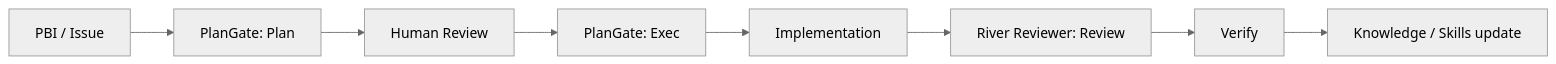
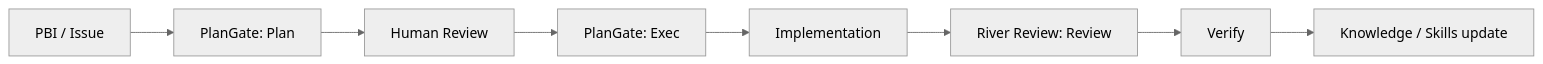
One commit to s977043/my-blog changed the diagram in articles/ai-dev-guardrail-plangate-river-reviewer.md. Above: the diagram before and after it, drawn with Mermaid (neutral theme). The commit also changed other lines of this file and 27 other files, not shown here.

First line of the commit message:
chore(rename): River Reviewer → River Review across articles/docs

````diff
--- a/articles/ai-dev-guardrail-plangate-river-reviewer.md
+++ b/articles/ai-dev-guardrail-plangate-river-reviewer.md
@@ -192,10 +192,10 @@
 ```mermaid
 flowchart LR
   A["PBI / Issue"] --> B["PlanGate: Plan"]
   B --> C["Human Review"]
   C --> D["PlanGate: Exec"]
   D --> E["Implementation"]
-  E --> F["River Reviewer: Review"]
+  E --> F["River Review: Review"]
   F --> G["Verify"]
   G --> H["Knowledge / Skills update"]
 ```
````
